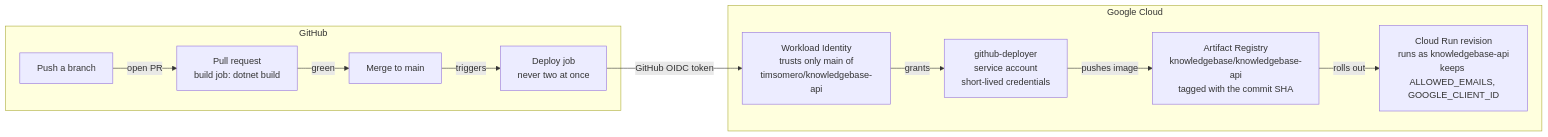
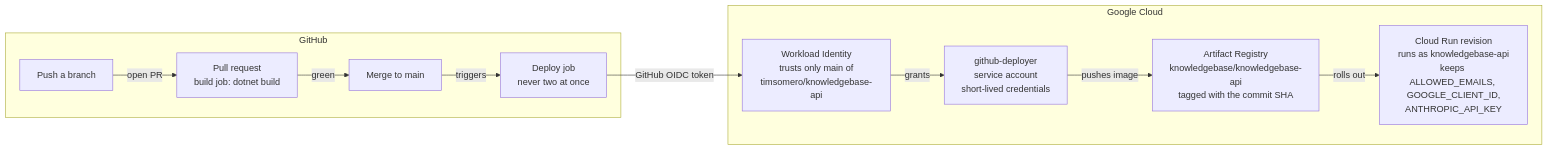
Before and after one commit to timsomero/knowledgebase-api: the fifth of 5 diagrams in docs/architecture.md, drawn with Mermaid. The commit also changed other lines of this file and 1 other file, not shown here.

First line of the commit message:
Update architecture docs for the task tidy-up

````diff
--- a/docs/architecture.md
+++ b/docs/architecture.md
@@ -145,18 +186,18 @@
 ```mermaid
 flowchart LR
   subgraph github["GitHub"]
     push["Push a branch"] -- "open PR" --> pr["Pull request<br/>build job: dotnet build"]
     pr -- "green" --> merge["Merge to main"]
     merge -- "triggers" --> job["Deploy job<br/>never two at once"]
   end
   subgraph cloud["Google Cloud"]
     wif["Workload Identity<br/>trusts only main of<br/>timsomero/knowledgebase-api"]
     deployer["github-deployer<br/>service account<br/>short-lived credentials"]
     registry["Artifact Registry<br/>knowledgebase/knowledgebase-api<br/>tagged with the commit SHA"]
-    revision["Cloud Run revision<br/>runs as knowledgebase-api<br/>keeps ALLOWED_EMAILS, GOOGLE_CLIENT_ID"]
+    revision["Cloud Run revision<br/>runs as knowledgebase-api<br/>keeps ALLOWED_EMAILS, GOOGLE_CLIENT_ID,<br/>ANTHROPIC_API_KEY"]
   end
   job -- "GitHub OIDC token" --> wif
   wif -- "grants" --> deployer
   deployer -- "pushes image" --> registry
   registry -- "rolls out" --> revision
 ```
````
